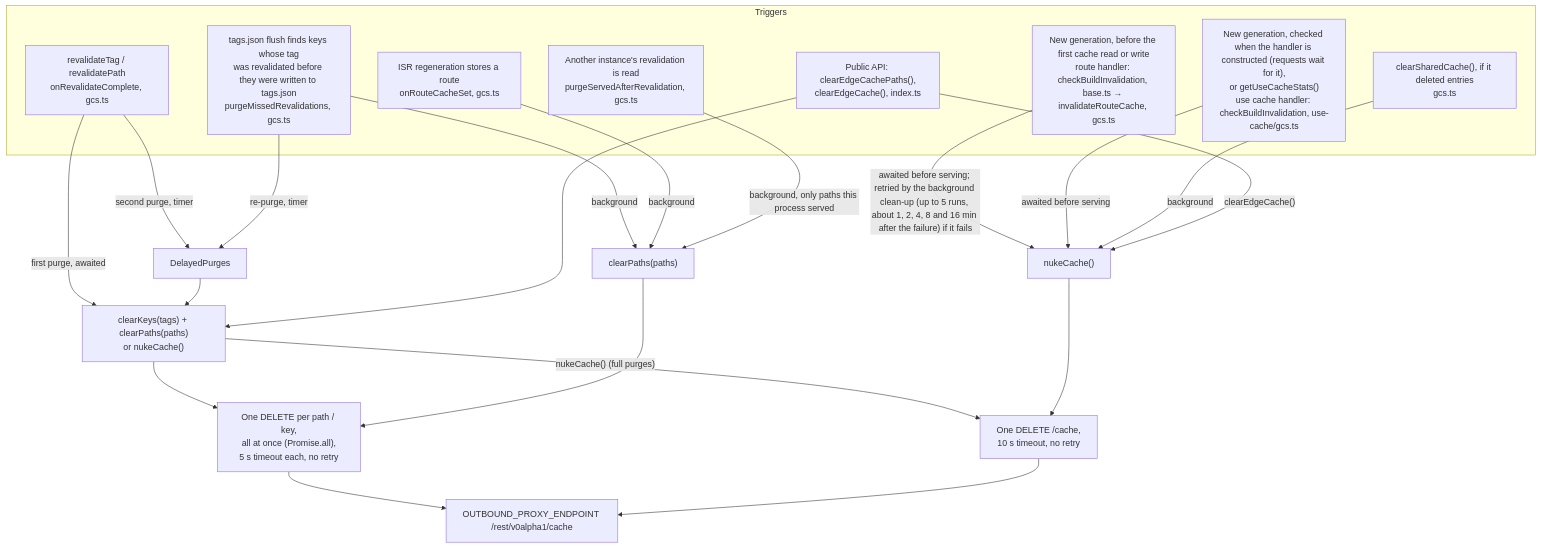
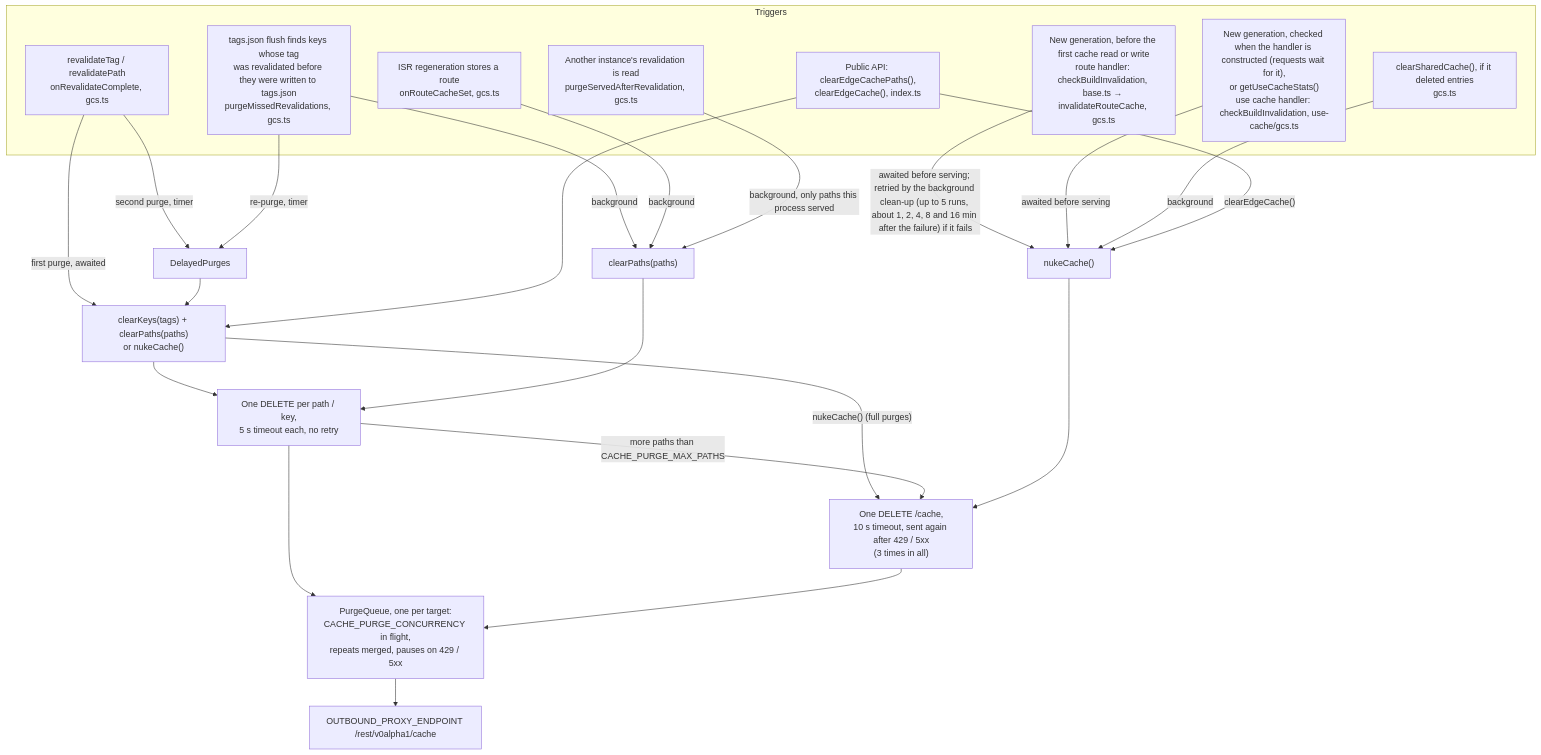
One commit to pantheon-systems/nextjs-cache-handler changed the fourth of 5 diagrams in ARCHITECTURE.md. Above: the diagram before and after it, drawn with Mermaid. The commit also changed other lines of this file and 15 other files, not shown here.

First line of the commit message:
fix(edge): bound purge fan-out and requests in flight [SITE-6370] (#158)

````diff
--- a/ARCHITECTURE.md
+++ b/ARCHITECTURE.md
@@ -216,33 +216,35 @@
 ```mermaid
 flowchart TB
   subgraph triggers["Triggers"]
     t1["revalidateTag / revalidatePath<br/>onRevalidateComplete, gcs.ts"]
     t2["ISR regeneration stores a route<br/>onRouteCacheSet, gcs.ts"]
     t3["tags.json flush finds keys whose tag<br/>was revalidated before they were written to tags.json<br/>purgeMissedRevalidations, gcs.ts"]
     t4["New generation, before the first cache read or write<br/>route handler: checkBuildInvalidation, base.ts → invalidateRouteCache, gcs.ts"]
     t5["New generation, checked when the handler is constructed (requests wait for it),<br/>or getUseCacheStats()<br/>use cache handler: checkBuildInvalidation, use-cache/gcs.ts"]
     t6["clearSharedCache(), if it deleted entries<br/>gcs.ts"]
     t8["Another instance's revalidation is read<br/>purgeServedAfterRevalidation, gcs.ts"]
     t7["Public API: clearEdgeCachePaths(),<br/>clearEdgeCache(), index.ts"]
   end
 
   t1 -- "first purge, awaited" --> keysPaths["clearKeys(tags) + clearPaths(paths)<br/>or nukeCache()"]
   t1 -- "second purge, timer" --> dp[DelayedPurges]
   t3 -- "background" --> paths1["clearPaths(paths)"]
   t3 -- "re-purge, timer" --> dp
   dp --> keysPaths
   t2 -- "background" --> paths1
   t4 -- "awaited before serving; retried by the background clean-up (up to 5 runs, about 1, 2, 4, 8 and 16 min after the failure) if it fails" --> nuke["nukeCache()"]
   t5 -- "awaited before serving" --> nuke
   t6 -- "background" --> nuke
   t7 --> keysPaths
   t7 -- "clearEdgeCache()" --> nuke
   keysPaths -- "nukeCache() (full purges)" --> one
   t8 -- "background, only paths this process served" --> paths1
 
-  keysPaths --> fan["One DELETE per path / key,<br/>all at once (Promise.all),<br/>5 s timeout each, no retry"]
+  keysPaths --> fan["One DELETE per path / key,<br/>5 s timeout each, no retry"]
   paths1 --> fan
-  nuke --> one["One DELETE /cache,<br/>10 s timeout, no retry"]
-  fan --> proxy[OUTBOUND_PROXY_ENDPOINT /rest/v0alpha1/cache]
-  one --> proxy
+  fan -- "more paths than CACHE_PURGE_MAX_PATHS" --> one
+  nuke --> one["One DELETE /cache,<br/>10 s timeout, sent again after 429 / 5xx<br/>(3 times in all)"]
+  fan --> queue["PurgeQueue, one per target:<br/>CACHE_PURGE_CONCURRENCY in flight,<br/>repeats merged, pauses on 429 / 5xx"]
+  one --> queue
+  queue --> proxy[OUTBOUND_PROXY_ENDPOINT /rest/v0alpha1/cache]
 ```
````
